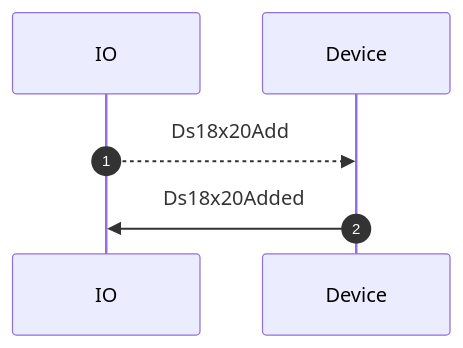
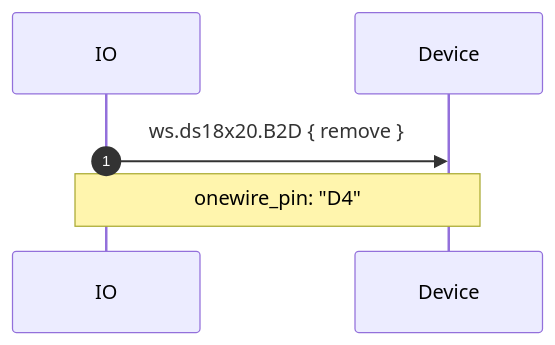
One commit to adafruit/Wippersnapper_Protobuf changed the second of 3 diagrams in proto/wippersnapper/docs/ds18x20.md. Above: the diagram before and after it, drawn with Mermaid. The commit also changed other lines of this file and 10 other files, not shown here.

````diff
--- a/proto/wippersnapper/docs/ds18x20.md
+++ b/proto/wippersnapper/docs/ds18x20.md
@@ -21,9 +66,7 @@
 ```mermaid
-
 sequenceDiagram
-
 autonumber
 
-IO-->>Device: Ds18x20Add
-Device->>IO: Ds18x20Added
+IO->>Device: ws.ds18x20.B2D { remove }
+Note over IO, Device: onewire_pin: "D4"
 ```
````
